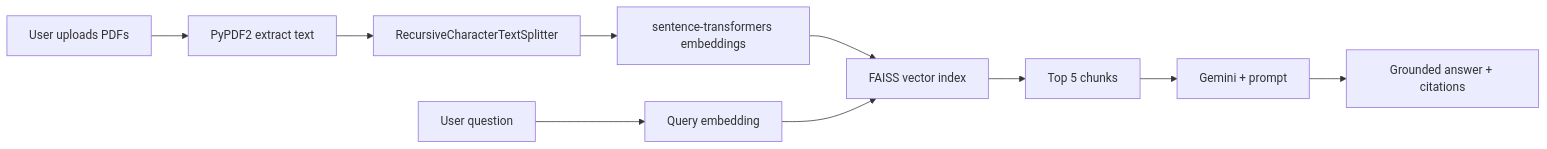
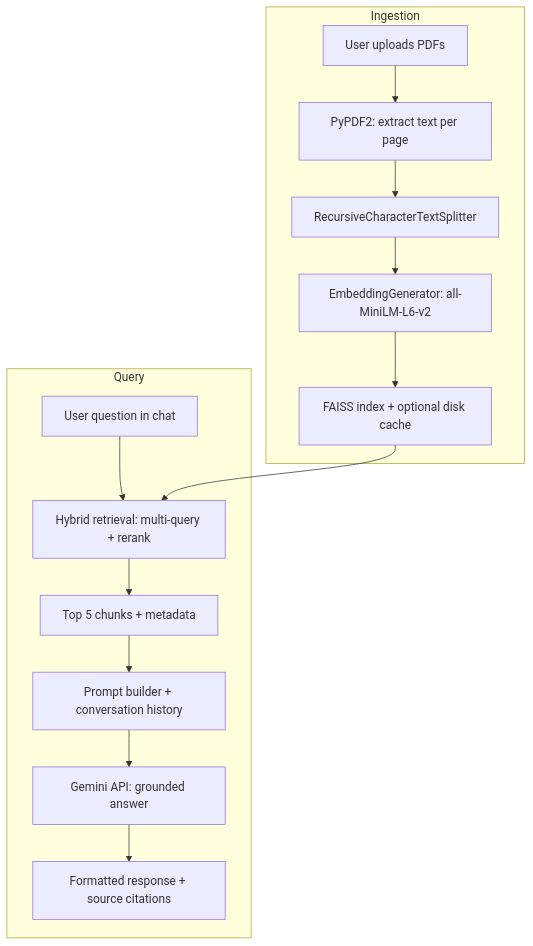
Before and after one commit to Sanjanamanjunath2515/ask-my-docs-rag: the diagram in README.md, drawn with Mermaid. The commit also changed other lines of this file and 1 other file, not shown here.

````diff
--- a/README.md
+++ b/README.md
@@ -173,12 +129,19 @@
 ```mermaid
-flowchart LR
-    A[User uploads PDFs] --> B[PyPDF2 extract text]
-    B --> C[RecursiveCharacterTextSplitter]
-    C --> D[sentence-transformers embeddings]
-    D --> E[FAISS vector index]
-    F[User question] --> G[Query embedding]
-    G --> E
-    E --> H[Top 5 chunks]
-    H --> I[Gemini + prompt]
-    I --> J[Grounded answer + citations]
+flowchart TB
+    subgraph Ingestion
+        A[User uploads PDFs] --> B[PyPDF2: extract text per page]
+        B --> C[RecursiveCharacterTextSplitter]
+        C --> D[EmbeddingGenerator: all-MiniLM-L6-v2]
+        D --> E[FAISS index + optional disk cache]
+    end
+
+    subgraph Query
+        F[User question in chat] --> G[Hybrid retrieval: multi-query + rerank]
+        G --> H[Top 5 chunks + metadata]
+        H --> I[Prompt builder + conversation history]
+        I --> J[Gemini API: grounded answer]
+        J --> K[Formatted response + source citations]
+    end
+
+    E --> G
 ```
````
